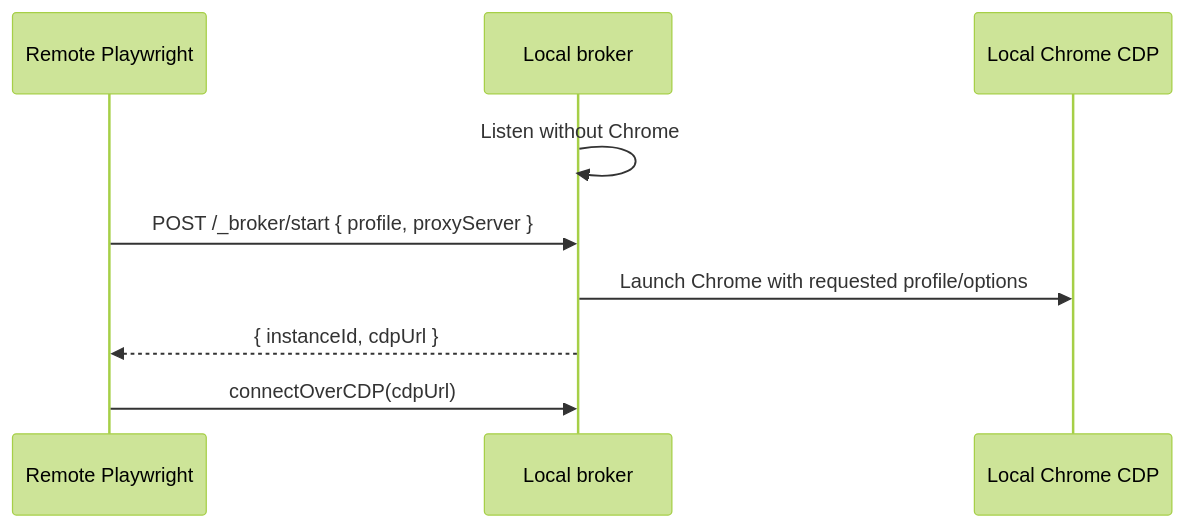
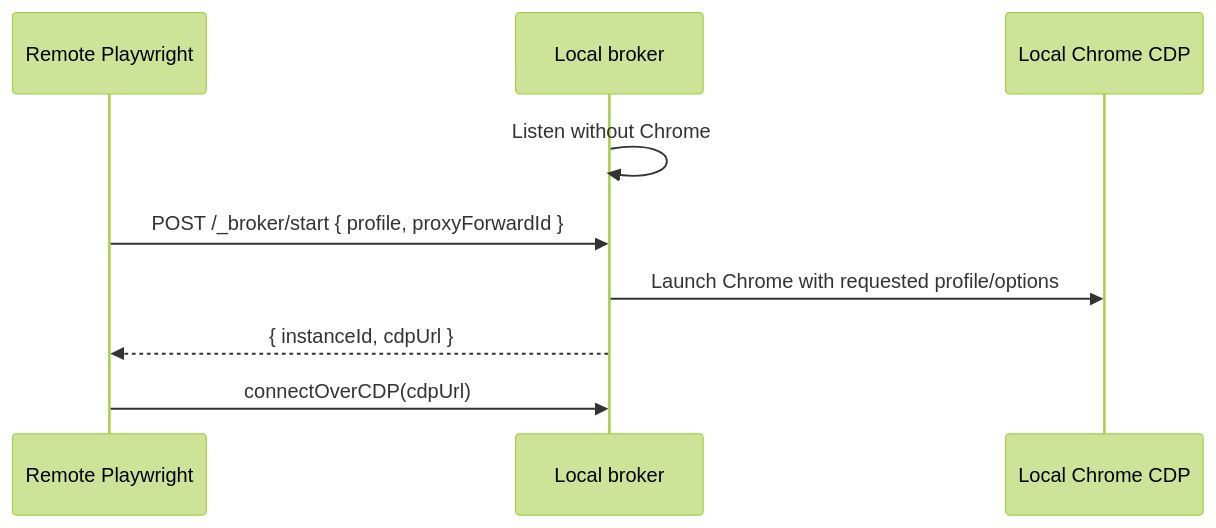
The second of 2 diagrams in .kn/wiki/architecture/system-overview.md (sloppygadget-bot/pw-cdp-broker), drawn with Mermaid (forest theme) before and after one commit. The commit also changed other lines of this file and 24 other files, not shown here.

````diff
--- a/.kn/wiki/architecture/system-overview.md
+++ b/.kn/wiki/architecture/system-overview.md
@@ -55,12 +60,12 @@
 ```mermaid
 sequenceDiagram
   participant R as Remote Playwright
   participant B as Local broker
   participant C as Local Chrome CDP
 
   B->>B: Listen without Chrome
-  R->>B: POST /_broker/start { profile, proxyServer }
+  R->>B: POST /_broker/start { profile, proxyForwardId }
   B->>C: Launch Chrome with requested profile/options
   B-->>R: { instanceId, cdpUrl }
   R->>B: connectOverCDP(cdpUrl)
 ```
````
